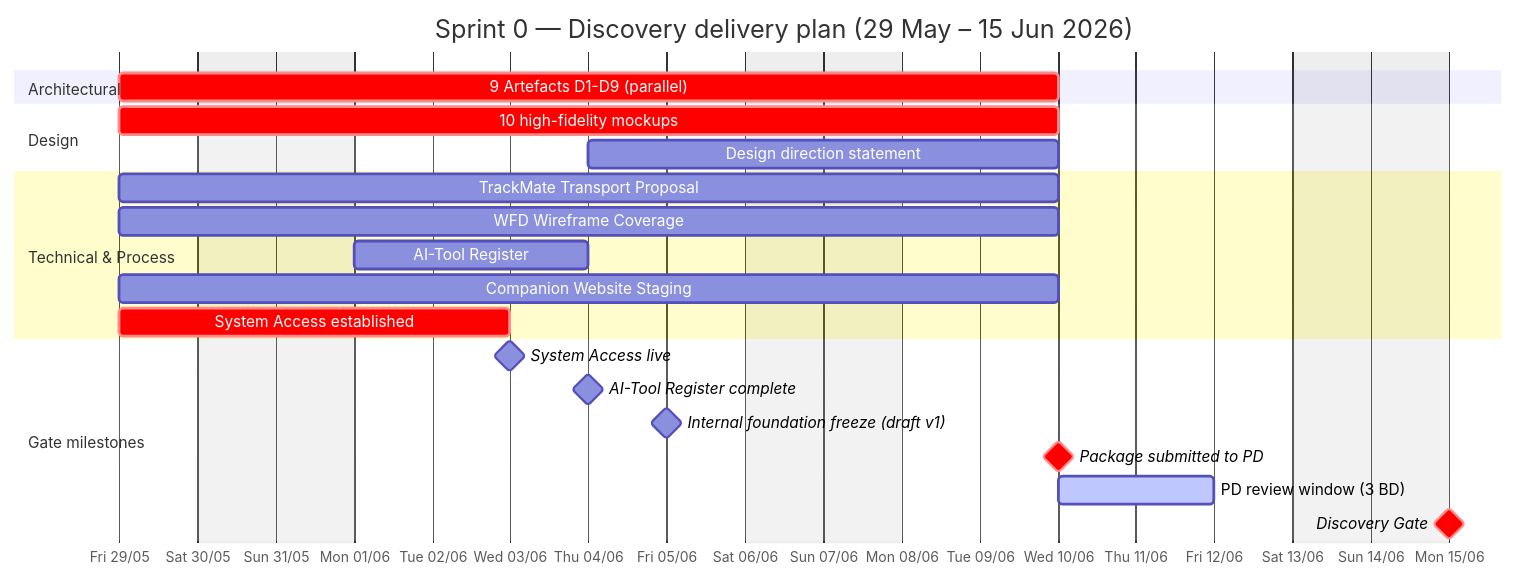
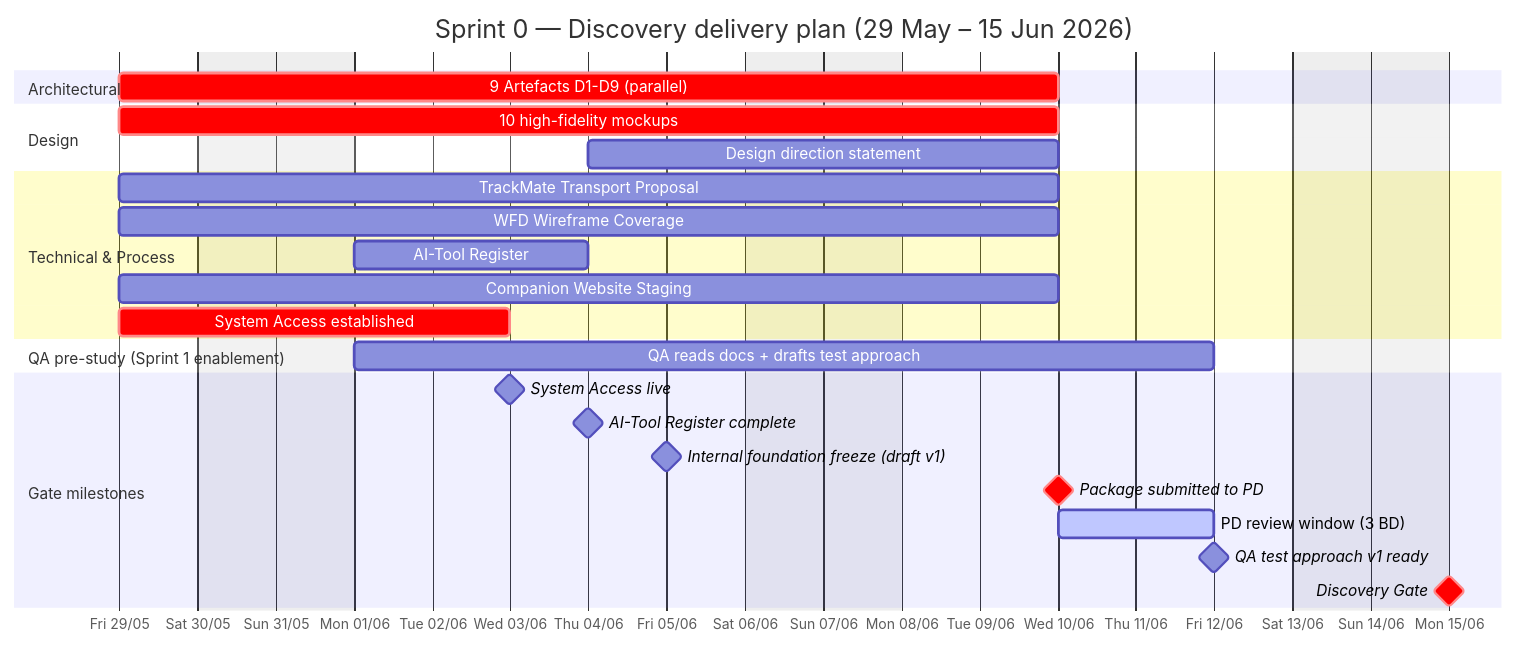
The diagram in confluence-export/01-about/02-planning/02-sprint-0-discovery.md (giakhanh22024558/Trackaroo-Cheat-Sheat), drawn with Mermaid before and after one commit. The commit also changed other lines of this file, not shown here.

````diff
--- a/confluence-export/01-about/02-planning/02-sprint-0-discovery.md
+++ b/confluence-export/01-about/02-planning/02-sprint-0-discovery.md
@@ -13,31 +13,35 @@
 ```mermaid
 gantt
     title Sprint 0 — Discovery delivery plan (29 May – 15 Jun 2026)
     dateFormat YYYY-MM-DD
     axisFormat %a %d/%m
     tickInterval 1day
     excludes weekends
     todayMarker off
 
     section Architectural
     9 Artefacts D1-D9 (parallel)          :crit, 2026-05-29, 2026-06-10
 
     section Design
     10 high-fidelity mockups               :crit, 2026-05-29, 2026-06-10
     Design direction statement             :2026-06-04, 2026-06-10
 
     section Technical & Process
     TrackMate Transport Proposal           :2026-05-29, 2026-06-10
     WFD Wireframe Coverage                 :2026-05-29, 2026-06-10
     AI-Tool Register                       :2026-06-01, 2026-06-04
     Companion Website Staging              :2026-05-29, 2026-06-10
     System Access established              :crit, 2026-05-29, 2026-06-03
 
+    section QA pre-study (Sprint 1 enablement)
+    QA reads docs + drafts test approach   :2026-06-01, 2026-06-12
+
     section Gate milestones
     System Access live                     :milestone, 2026-06-03, 0d
     AI-Tool Register complete              :milestone, 2026-06-04, 0d
     Internal foundation freeze (draft v1)  :milestone, 2026-06-05, 0d
     Package submitted to PD                :milestone, crit, 2026-06-10, 0d
     PD review window (3 BD)                :active, 2026-06-10, 2026-06-12
+    QA test approach v1 ready              :milestone, 2026-06-12, 0d
     Discovery Gate                         :milestone, crit, 2026-06-15, 0d
 ```
````
